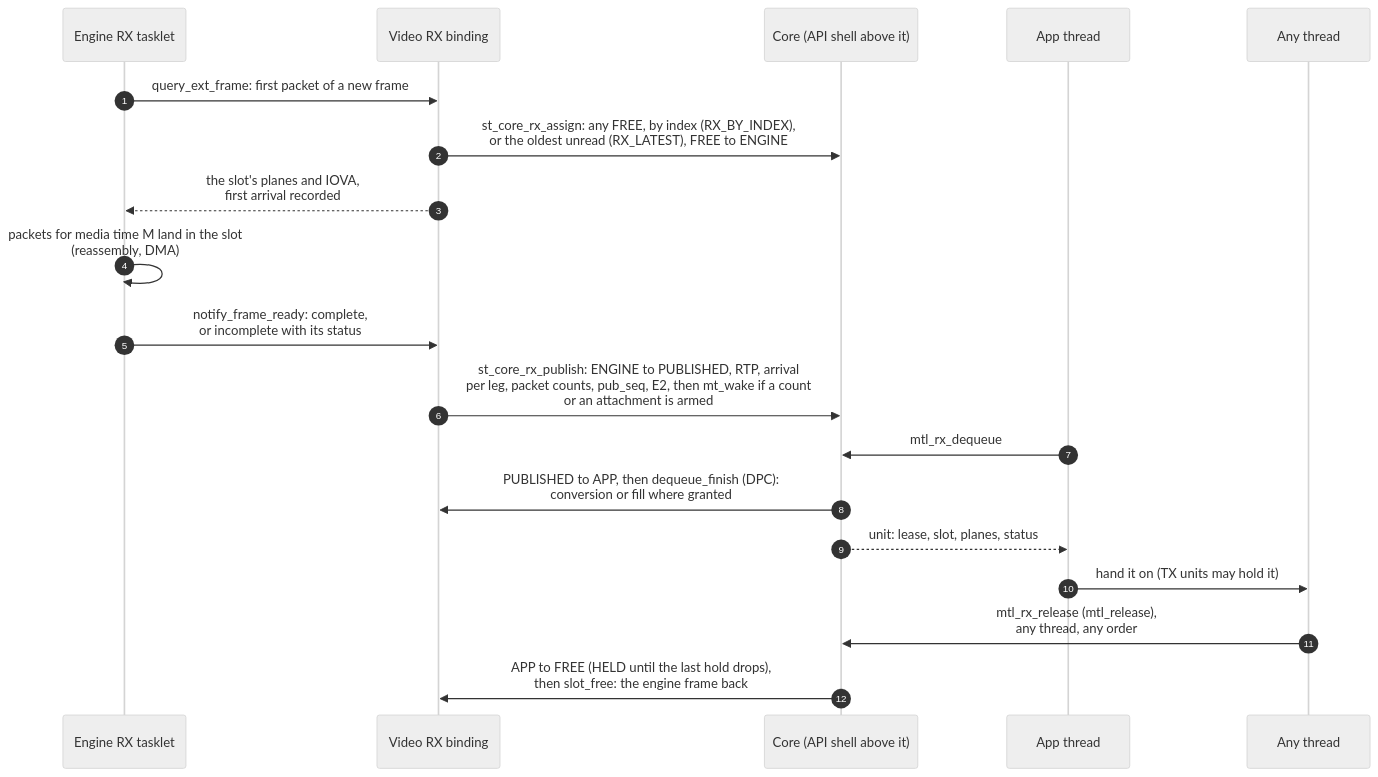
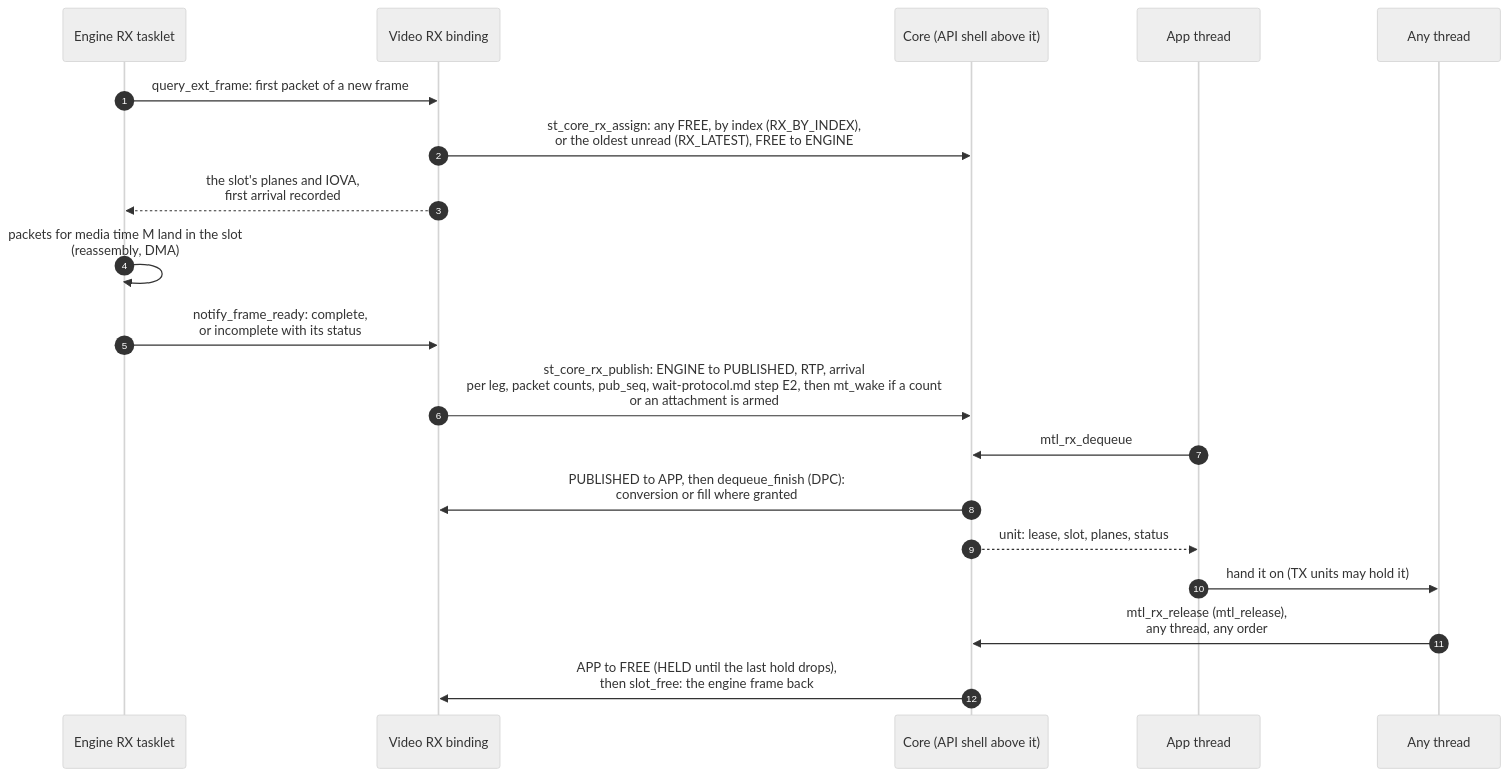
The fourth of 14 diagrams in doc/unified-api/core.md (OpenVisualCloud/Media-Transport-Library), drawn with Mermaid (neutral theme) before and after one commit. The commit also changed other lines of this file and 38 other files, not shown here.

````diff
--- a/doc/unified-api/core.md
+++ b/doc/unified-api/core.md
@@ -478,21 +483,21 @@
 ```mermaid
 sequenceDiagram
     autonumber
     participant E as Engine RX tasklet
     participant B as Video RX binding
     participant C as Core (API shell above it)
     participant A as App thread
     participant D as Any thread
     E->>B: query_ext_frame: first packet of a new frame
     B->>C: st_core_rx_assign: any FREE, by index (RX_BY_INDEX),<br/>or the oldest unread (RX_LATEST), FREE to ENGINE
     B-->>E: the slot's planes and IOVA,<br/>first arrival recorded
     E->>E: packets for media time M land in the slot<br/>(reassembly, DMA)
     E->>B: notify_frame_ready: complete,<br/>or incomplete with its status
-    B->>C: st_core_rx_publish: ENGINE to PUBLISHED, RTP, arrival<br/>per leg, packet counts, pub_seq, E2, then mt_wake if a count<br/>or an attachment is armed
+    B->>C: st_core_rx_publish: ENGINE to PUBLISHED, RTP, arrival<br/>per leg, packet counts, pub_seq, wait-protocol.md step E2, then mt_wake if a count<br/>or an attachment is armed
     A->>C: mtl_rx_dequeue
     C->>B: PUBLISHED to APP, then dequeue_finish (DPC):<br/>conversion or fill where granted
     C-->>A: unit: lease, slot, planes, status
     A->>D: hand it on (TX units may hold it)
     D->>C: mtl_rx_release (mtl_release),<br/>any thread, any order
     C->>B: APP to FREE (HELD until the last hold drops),<br/>then slot_free: the engine frame back
 ```
````
